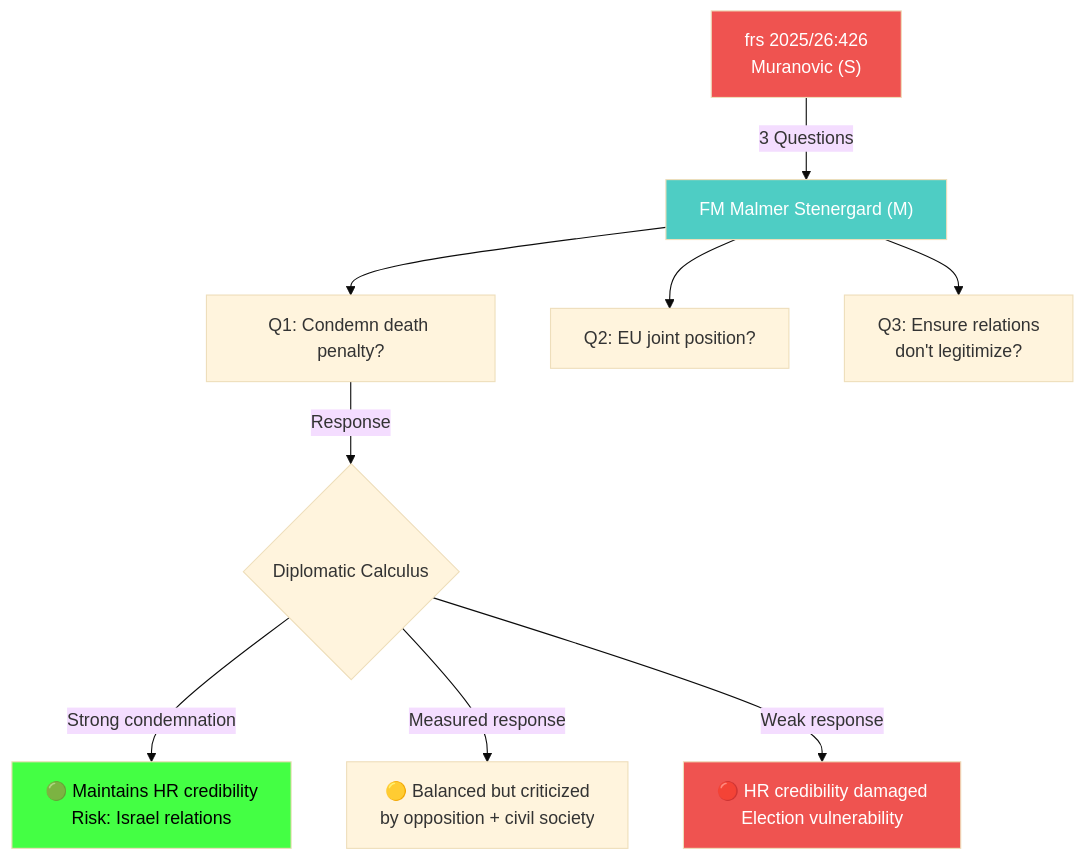
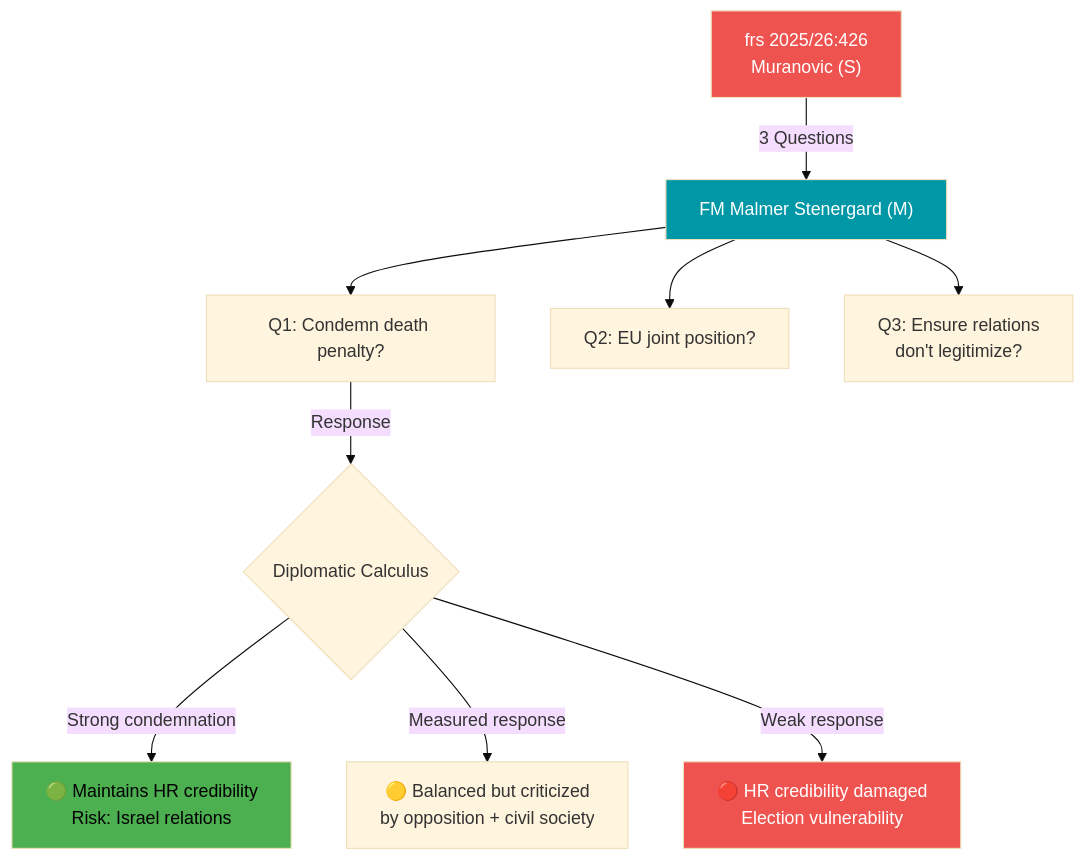
Before and after one commit to Hack23/riksdagsmonitor: the diagram in analysis/daily/2026-04-14/interpellations/documents/HD10426-analysis.md, drawn with Mermaid (base theme). The commit also changed 121 other files, not shown here.

````diff
--- a/analysis/daily/2026-04-14/interpellations/documents/HD10426-analysis.md
+++ b/analysis/daily/2026-04-14/interpellations/documents/HD10426-analysis.md
@@ -47,15 +47,15 @@
 ```mermaid
 flowchart TD
     A["frs 2025/26:426<br/>Muranovic (S)"] -->|3 Questions| B["FM Malmer Stenergard (M)"]
     B --> C["Q1: Condemn death penalty?"]
     B --> D["Q2: EU joint position?"]
     B --> E["Q3: Ensure relations<br/>don't legitimize?"]
     C -->|Response| F{Diplomatic Calculus}
     F -->|Strong condemnation| G["🟢 Maintains HR credibility<br/>Risk: Israel relations"]
     F -->|Measured response| H["🟡 Balanced but criticized<br/>by opposition + civil society"]
     F -->|Weak response| I["🔴 HR credibility damaged<br/>Election vulnerability"]
     style A fill:#EF5350,color:#FFFFFF
-    style B fill:#4ecdc4,color:#FFFFFF
+    style B fill:#0097A7,color:#FFFFFF
     style I fill:#EF5350,color:#FFFFFF
-    style G fill:#44ff44,color:#000000
+    style G fill:#4CAF50,color:#000000
 ```
````
